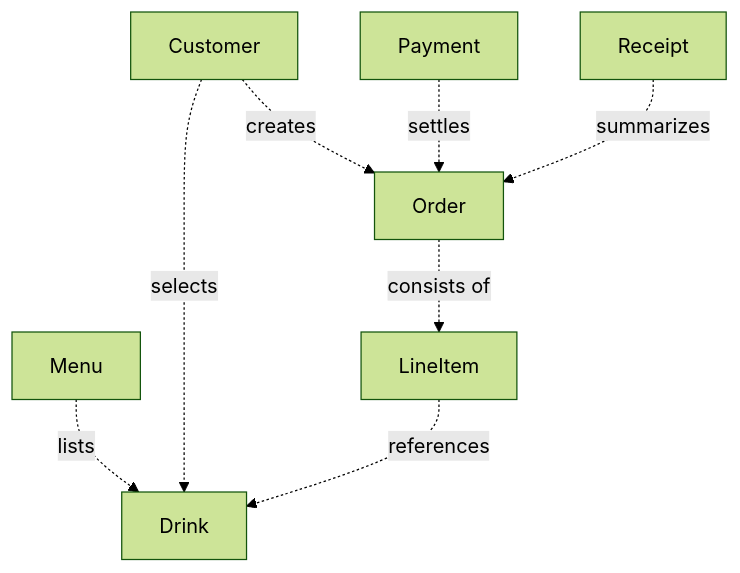
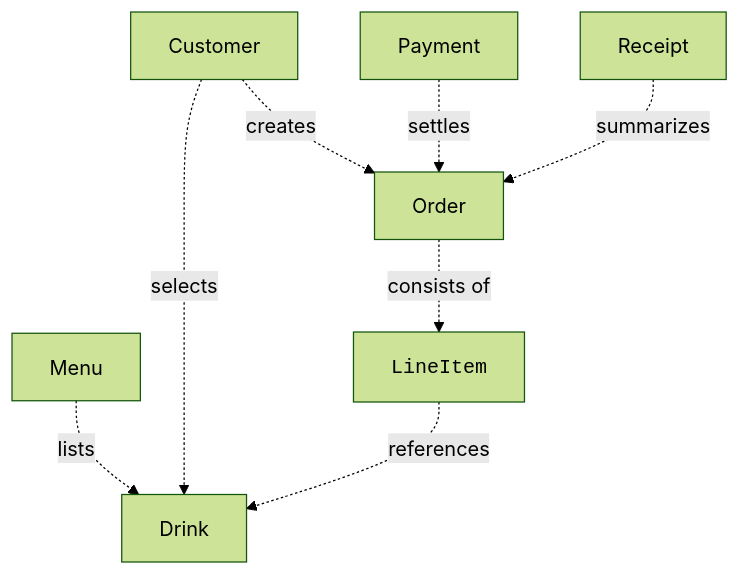
The second of 4 diagrams in content/learn/oop-blueprint-java/responsibility-driven-design.mdx (dataslope/dataslope), drawn with Mermaid (forest theme) before and after one commit. The commit also changed other lines of this file and 153 other files, not shown here.

First line of the commit message:
Render code-only mermaid shapes in monospace; convert step sequences to Steps

````diff
--- a/content/learn/oop-blueprint-java/responsibility-driven-design.mdx
+++ b/content/learn/oop-blueprint-java/responsibility-driven-design.mdx
@@ -72,10 +72,10 @@
 ```mermaid
 flowchart TB
     M["Menu"] -. lists .-> D["Drink"]
     C["Customer"] -. selects .-> D
     C -. creates .-> O["Order"]
-    O -. consists of .-> L["LineItem"]
+    O -. consists of .-> L["<code>LineItem</code>"]
     L -. references .-> D
     P["Payment"] -. settles .-> O
     R["Receipt"] -. summarizes .-> O
 ```
````
